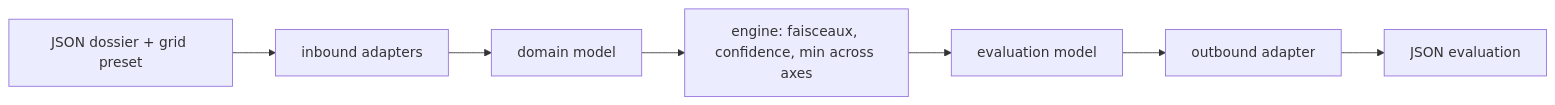
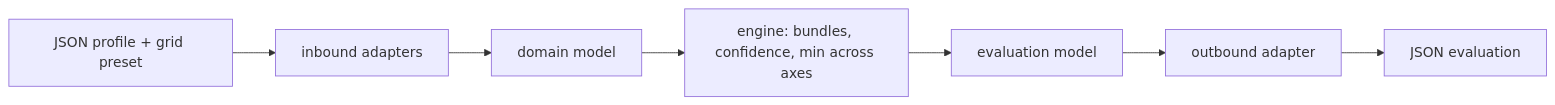
The diagram in aidd_docs/memory/architecture.md (Crocogiciel-Studio/laivel-up), drawn with Mermaid before and after one commit. The commit also changed other lines of this file and 32 other files, not shown here.

````diff
--- a/aidd_docs/memory/architecture.md
+++ b/aidd_docs/memory/architecture.md
@@ -11,9 +11,9 @@
 ```mermaid
 flowchart LR
-  json_in["JSON dossier + grid preset"] --> adapt_in["inbound adapters"]
+  json_in["JSON profile + grid preset"] --> adapt_in["inbound adapters"]
   adapt_in --> model["domain model"]
-  model --> engine["engine: faisceaux, confidence, min across axes"]
+  model --> engine["engine: bundles, confidence, min across axes"]
   engine --> result["evaluation model"]
   result --> adapt_out["outbound adapter"]
   adapt_out --> json_out["JSON evaluation"]
 ```
````
